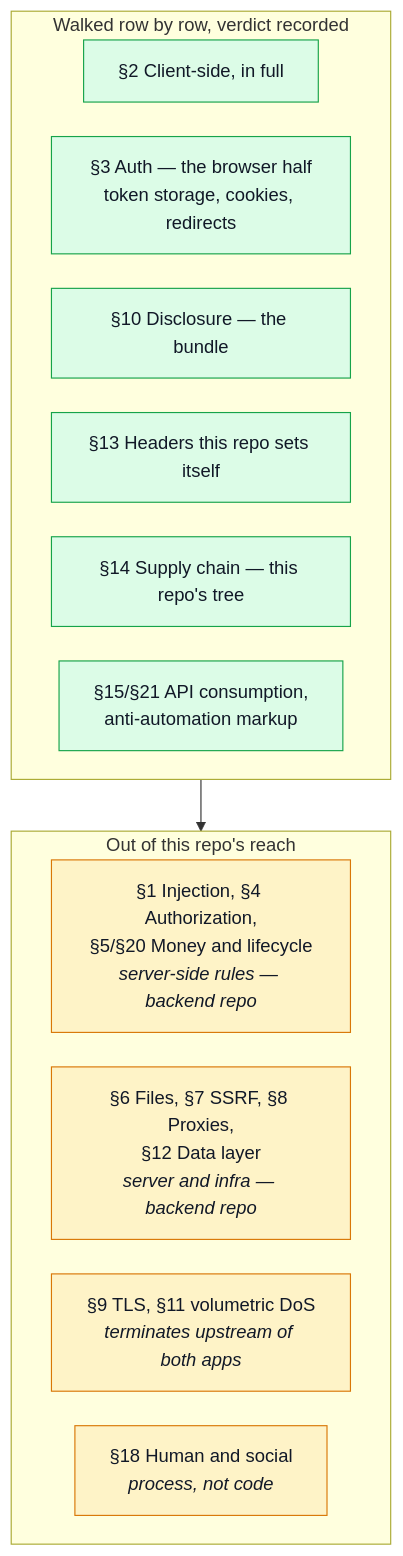
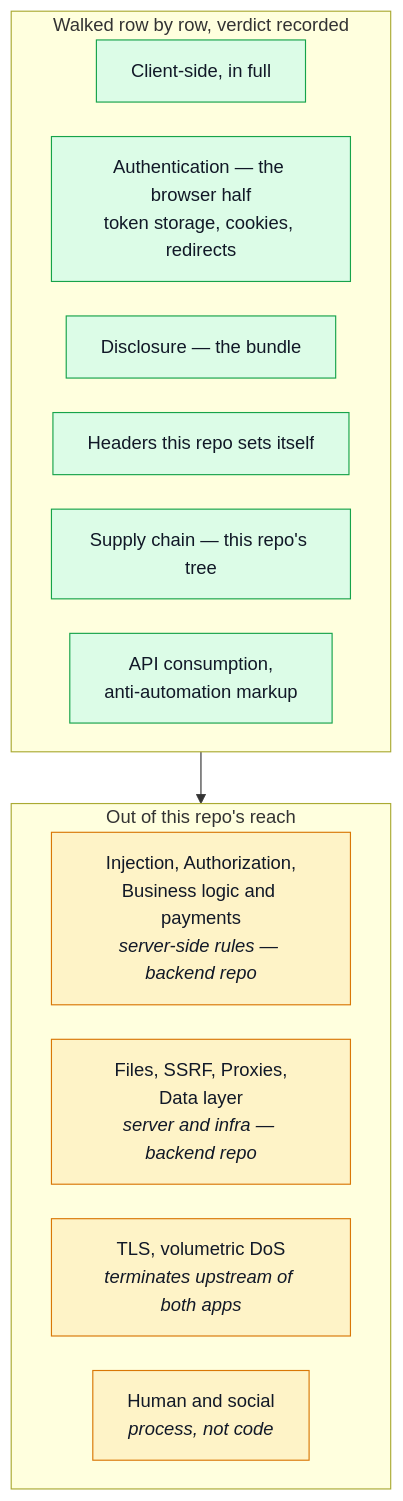
One commit to Guebbit/boilerplate-vue-frontend changed the diagram in docs/theory/web-attack-defences.md. Above: the diagram before and after it, drawn with Mermaid. The commit also changed other lines of this file and 44 other files, not shown here.

````diff
--- a/docs/theory/web-attack-defences.md
+++ b/docs/theory/web-attack-defences.md
@@ -25,26 +25,26 @@
 ```mermaid
 %%{init: {'flowchart': {'nodeSpacing': 30, 'rankSpacing': 45}}}%%
 flowchart TB
     subgraph W["Walked row by row, verdict recorded"]
         direction LR
-        W1["§2 Client-side, in full"]
-        W2["§3 Auth — the browser half<br/>token storage, cookies, redirects"]
-        W3["§10 Disclosure — the bundle"]
-        W4["§13 Headers this repo sets itself"]
-        W5["§14 Supply chain — this repo's tree"]
-        W6["§15/§21 API consumption,<br/>anti-automation markup"]
+        W1["Client-side, in full"]
+        W2["Authentication — the browser half<br/>token storage, cookies, redirects"]
+        W3["Disclosure — the bundle"]
+        W4["Headers this repo sets itself"]
+        W5["Supply chain — this repo's tree"]
+        W6["API consumption,<br/>anti-automation markup"]
     end
     subgraph N["Out of this repo's reach"]
         direction LR
-        N1["§1 Injection, §4 Authorization,<br/>§5/§20 Money and lifecycle<br/><i>server-side rules — backend repo</i>"]
-        N2["§6 Files, §7 SSRF, §8 Proxies,<br/>§12 Data layer<br/><i>server and infra — backend repo</i>"]
-        N3["§9 TLS, §11 volumetric DoS<br/><i>terminates upstream of both apps</i>"]
-        N4["§18 Human and social<br/><i>process, not code</i>"]
+        N1["Injection, Authorization,<br/>Business logic and payments<br/><i>server-side rules — backend repo</i>"]
+        N2["Files, SSRF, Proxies,<br/>Data layer<br/><i>server and infra — backend repo</i>"]
+        N3["TLS, volumetric DoS<br/><i>terminates upstream of both apps</i>"]
+        N4["Human and social<br/><i>process, not code</i>"]
     end
     W --> N
 
     classDef done fill:#dcfce7,stroke:#16a34a,color:#111827;
     classDef out fill:#fef3c7,stroke:#d97706,color:#111827;
     class W1,W2,W3,W4,W5,W6 done;
     class N1,N2,N3,N4 out;
 ```
````
